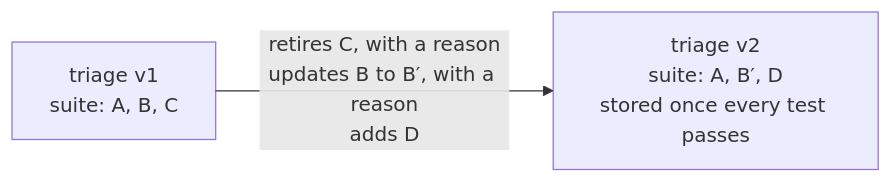
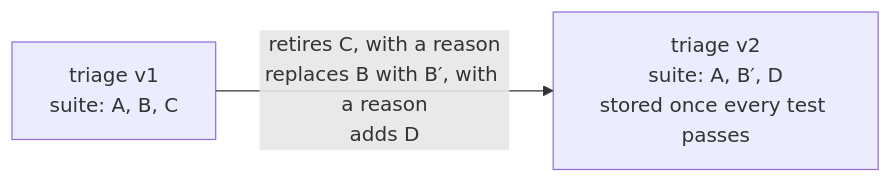
The second of 2 diagrams in docs/concepts/workflows.mdx (planchon/rewind.codes), drawn with Mermaid before and after one commit. The commit also changed other lines of this file and 13 other files, not shown here.

Commit message:
Name a test the gate replaces a replacement, keep the HTTP client's maxRetries, and call the egress flag --allow-internal-addresses, in the spec and the docs

````diff
--- a/docs/concepts/workflows.mdx
+++ b/docs/concepts/workflows.mdx
@@ -99,5 +99,5 @@
 ```mermaid
 %%{init: {'flowchart': {'defaultRenderer': 'elk'}}}%%
 flowchart LR
-  v1["triage v1<br/>suite: A, B, C"] -- "retires C, with a reason<br/>updates B to B′, with a reason<br/>adds D" --> v2["triage v2<br/>suite: A, B′, D<br/>stored once every test passes"]
+  v1["triage v1<br/>suite: A, B, C"] -- "retires C, with a reason<br/>replaces B with B′, with a reason<br/>adds D" --> v2["triage v2<br/>suite: A, B′, D<br/>stored once every test passes"]
 ```
````
